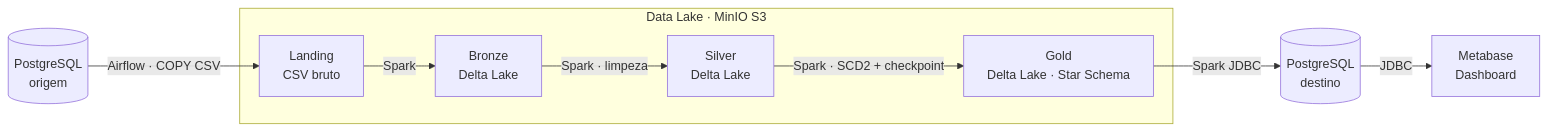
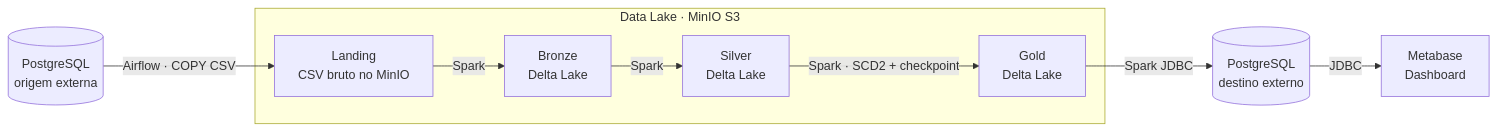
One commit to Luan-zanardo/data-pipeline changed the diagram in README.md. Above: the diagram before and after it, drawn with Mermaid. The commit also changed other lines of this file and 21 other files, not shown here.

````diff
--- a/README.md
+++ b/README.md
@@ -19,16 +22,16 @@
 ```mermaid
 flowchart LR
-    A[(PostgreSQL<br/>origem)] -->|Airflow · COPY CSV| B[Landing<br/>CSV bruto]
+    A[(PostgreSQL<br/>origem externa)] -->|Airflow · COPY CSV| B[Landing<br/>CSV bruto no MinIO]
     B -->|Spark| C[Bronze<br/>Delta Lake]
-    C -->|Spark · limpeza| D[Silver<br/>Delta Lake]
-    D -->|Spark · SCD2 + checkpoint| E[Gold<br/>Delta Lake · Star Schema]
-    E -->|Spark JDBC| F[(PostgreSQL<br/>destino)]
+    C -->|Spark| D[Silver<br/>Delta Lake]
+    D -->|Spark · SCD2 + checkpoint| E[Gold<br/>Delta Lake]
+    E -->|Spark JDBC| F[(PostgreSQL<br/>destino externo)]
     F -->|JDBC| G[Metabase<br/>Dashboard]
 
     subgraph DL[Data Lake · MinIO S3]
         B
         C
         D
         E
     end
 ```
````
